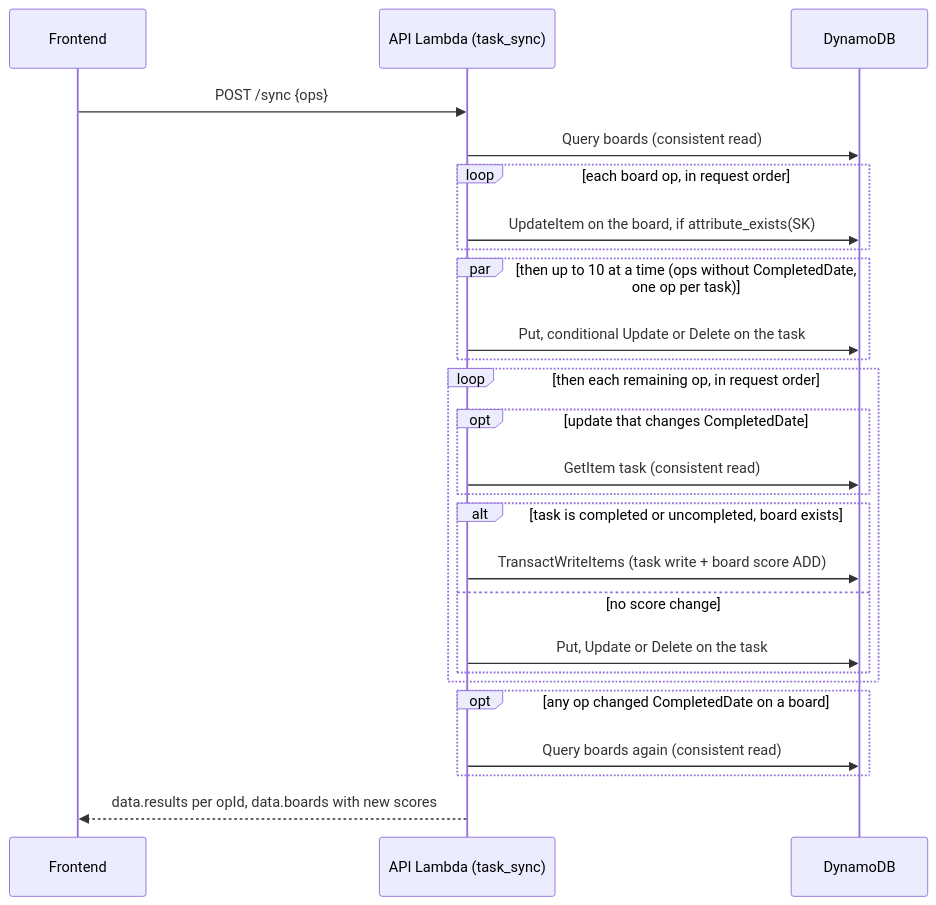
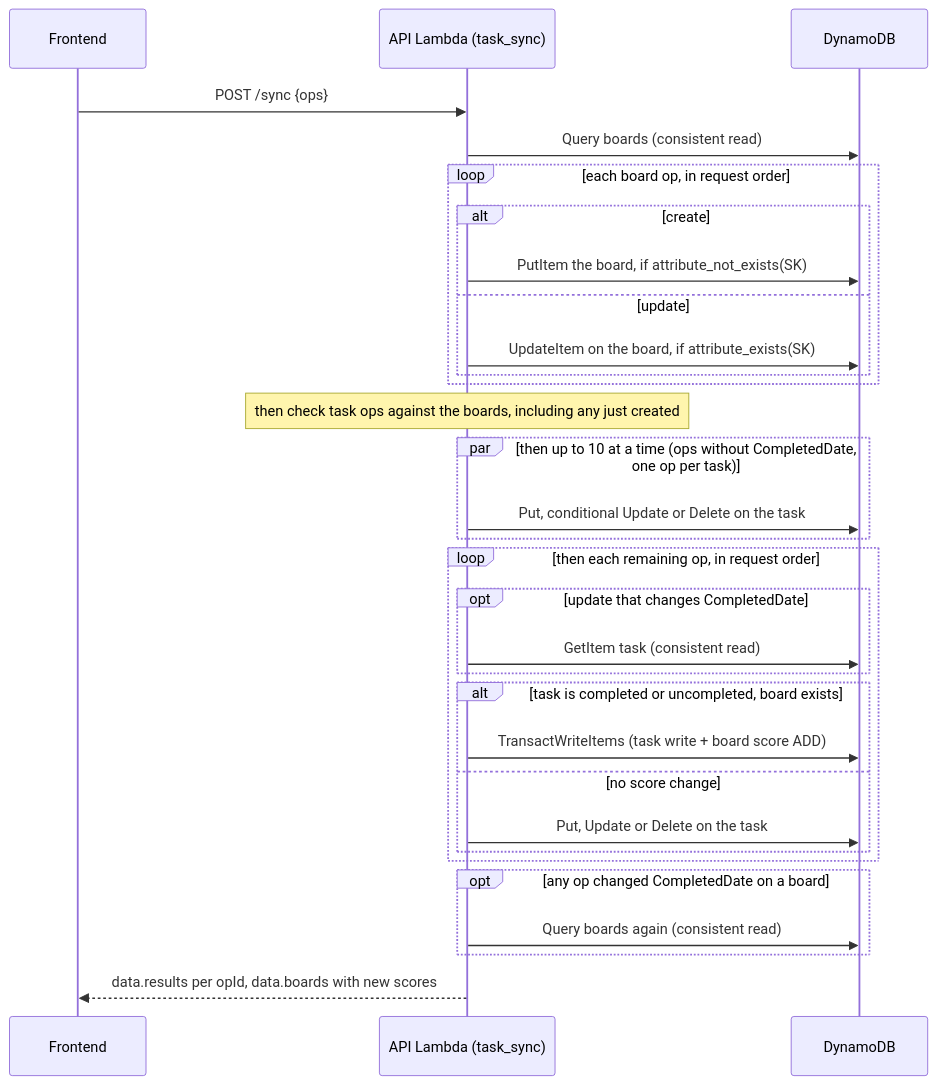
Before and after one commit to TomBenjaminMorris/listpal-backend: the fifth of 9 diagrams in ARCHITECTURE.md, drawn with Mermaid. The commit also changed other lines of this file and 2 other files, not shown here.

Commit message:
/sync: accept board creates
A b# op with kind "create" puts the whole board with the same defaults as
/new-board, conditioned on attribute_not_exists(SK); a resend whose first
attempt landed applies the fields as an update, keeping the scores. Task
ops are now checked after the board ops have run, so tasks for a board
created in the same batch pass the ownership check instead of being
rejected as "unknown board". (LP-7)

````diff
--- a/ARCHITECTURE.md
+++ b/ARCHITECTURE.md
@@ -218,29 +218,34 @@
 ```mermaid
 sequenceDiagram
     participant F as Frontend
     participant A as API Lambda (task_sync)
     participant D as DynamoDB
 
     F->>A: POST /sync {ops}
     A->>D: Query boards (consistent read)
     loop each board op, in request order
-        A->>D: UpdateItem on the board, if attribute_exists(SK)
+        alt create
+            A->>D: PutItem the board, if attribute_not_exists(SK)
+        else update
+            A->>D: UpdateItem on the board, if attribute_exists(SK)
+        end
     end
+    Note over A: then check task ops against the boards, including any just created
     par then up to 10 at a time (ops without CompletedDate, one op per task)
         A->>D: Put, conditional Update or Delete on the task
     end
     loop then each remaining op, in request order
         opt update that changes CompletedDate
             A->>D: GetItem task (consistent read)
         end
         alt task is completed or uncompleted, board exists
             A->>D: TransactWriteItems (task write + board score ADD)
         else no score change
             A->>D: Put, Update or Delete on the task
         end
     end
     opt any op changed CompletedDate on a board
         A->>D: Query boards again (consistent read)
     end
     A-->>F: data.results per opId, data.boards with new scores
 ```
````
